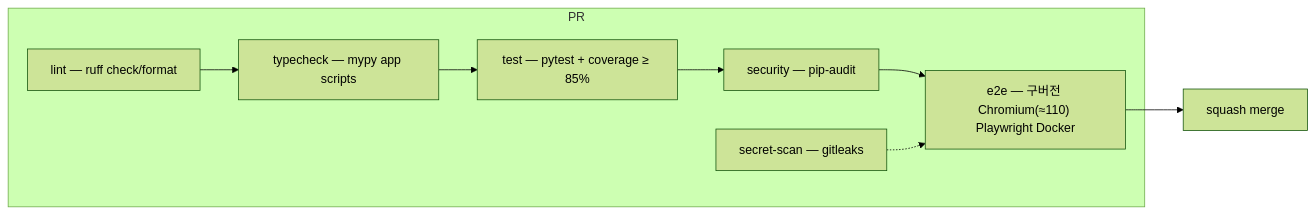
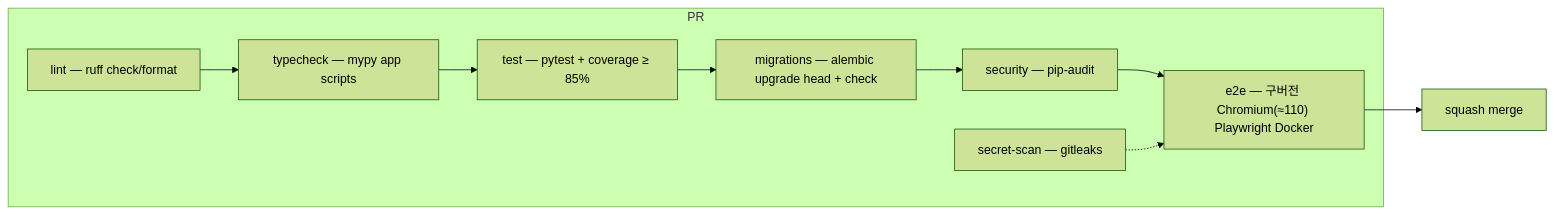
One commit to jihoon22-lee/PointBook changed the ninth of 9 diagrams in docs/architecture.md. Above: the diagram before and after it, drawn with Mermaid (forest theme). The commit also changed other lines of this file and 32 other files, not shown here.

````diff
--- a/docs/architecture.md
+++ b/docs/architecture.md
@@ -252,14 +266,15 @@
 ```mermaid
 flowchart LR
     subgraph PR
         L["lint — ruff check/format"]
         T["typecheck — mypy app scripts"]
         TS["test — pytest + coverage ≥ 85%"]
+        M["migrations — alembic upgrade head + check"]
         SEC["security — pip-audit"]
         SS["secret-scan — gitleaks"]
         E["e2e — 구버전 Chromium(≈110) Playwright Docker"]
     end
-    L --> T --> TS --> SEC --> E
+    L --> T --> TS --> M --> SEC --> E
     SS -.-> E
-    E --> M["squash merge"]
+    E --> R["squash merge"]
 ```
````
